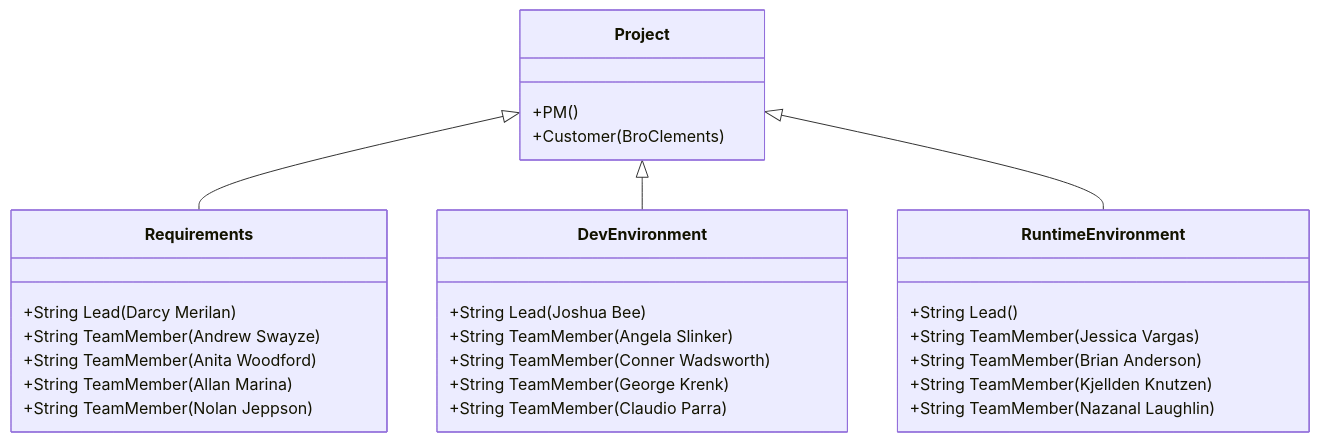
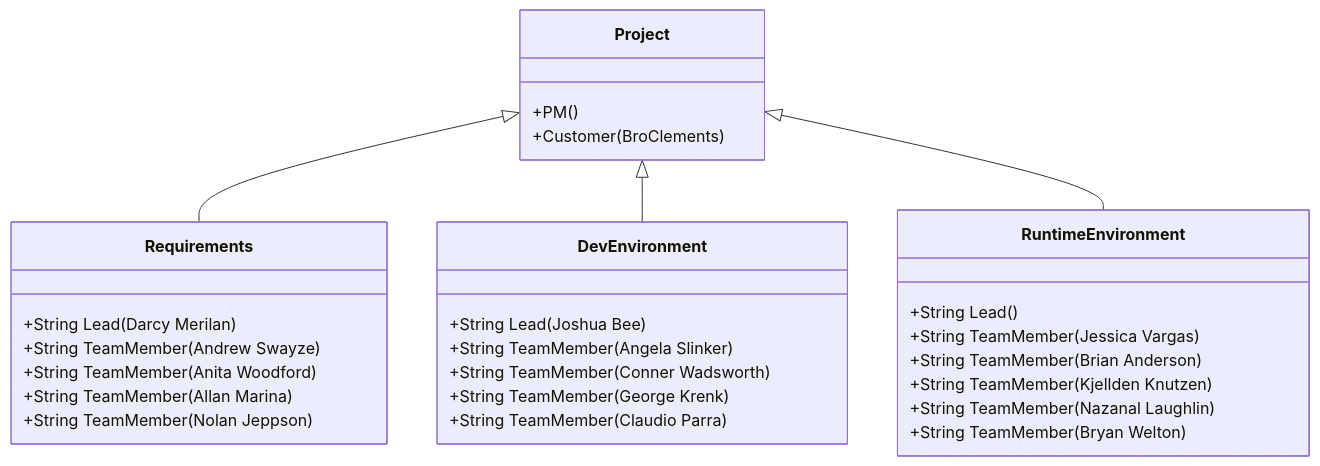
One commit to byui-cse397/2024WinCSE490PCP changed the first of 2 diagrams in ProjectManagement/OrganizationChart/OrganizationChart.md. Above: the diagram before and after it, drawn with Mermaid.

````diff
--- a/ProjectManagement/OrganizationChart/OrganizationChart.md
+++ b/ProjectManagement/OrganizationChart/OrganizationChart.md
@@ -2,29 +2,30 @@
 ```mermaid
 classDiagram
       Project <|-- Requirements
       Project <|-- DevEnvironment
       Project <|-- RuntimeEnvironment
       Project : +PM()
       Project : +Customer(BroClements)
       class Requirements{
           +String Lead(Darcy Merilan)
           +String TeamMember(Andrew Swayze)
           +String TeamMember(Anita Woodford)
           +String TeamMember(Allan Marina)
           +String TeamMember(Nolan Jeppson)
       }
       class DevEnvironment{
           +String Lead(Joshua Bee)
           +String TeamMember(Angela Slinker)
           +String TeamMember(Conner Wadsworth)
           +String TeamMember(George Krenk)
           +String TeamMember(Claudio Parra)
       }
       class RuntimeEnvironment{
           +String Lead()
           +String TeamMember(Jessica Vargas)
           +String TeamMember(Brian Anderson)
           +String TeamMember(Kjellden Knutzen)
           +String TeamMember(Nazanal Laughlin)
+          +String TeamMember (Bryan Welton)
       }
 ```
````
